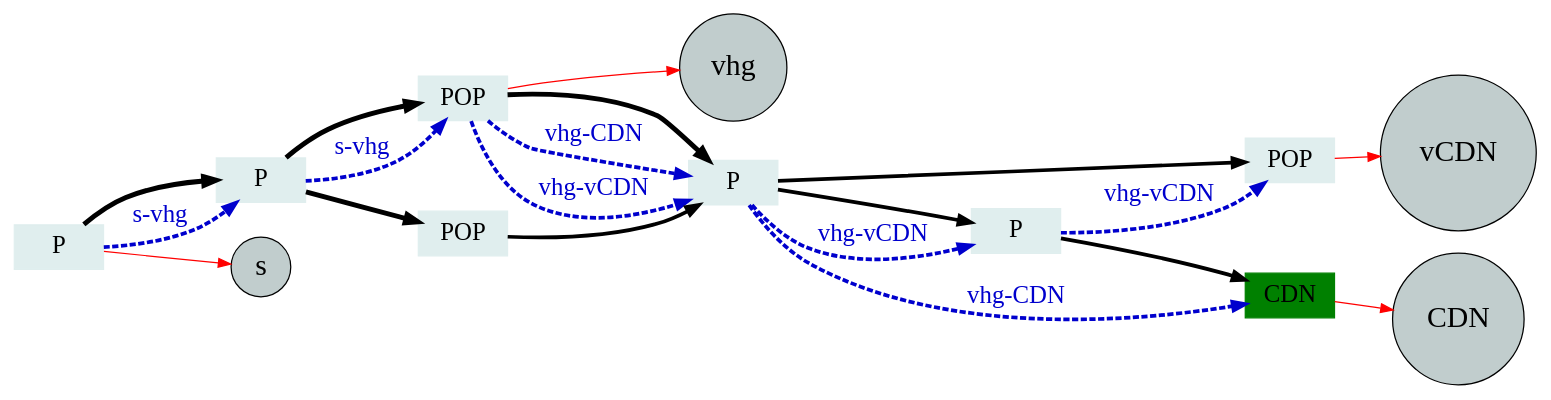
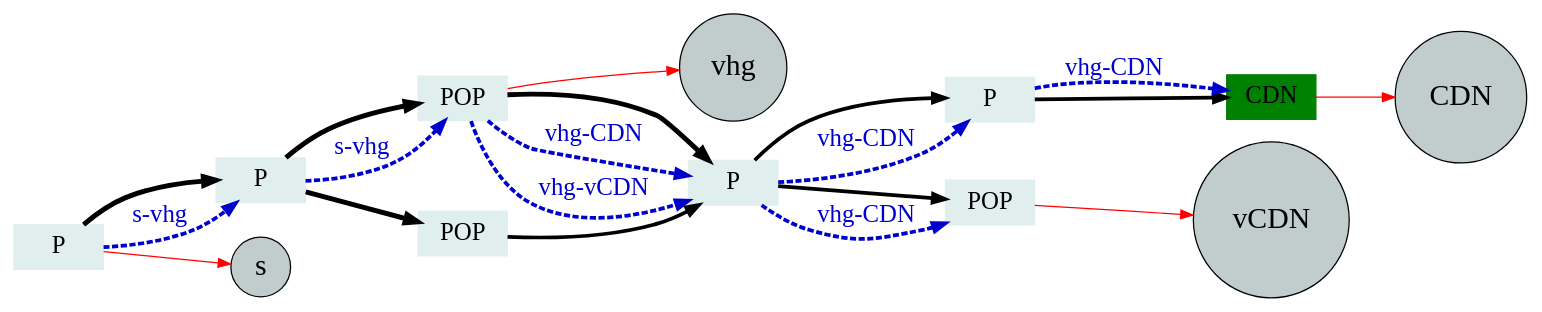
The diagram in paper/fig/service-mapping.dot (nherbaut/vCDN), drawn with Graphviz before and after one commit. The commit also changed 1 other file, not shown here.

```diff
--- a/paper/fig/service-mapping.dot
+++ b/paper/fig/service-mapping.dot
@@ -1,44 +1,44 @@
 digraph{rankdir=LR;
 
 
 
  subgraph{
 
 
 0 [label="P",shape=box,color=black,width=1.000000,fontsize=20,color=azure2,style=filled];
 1 [label="P",shape=box,color=black,width=1.000000,fontsize=20,color=azure2,style=filled];
 2 [label="POP",shape=box,color=black,width=1.000000,fontsize=20,color=azure2,style=filled];
 3 [label="POP",shape=box,color=black,width=1.000000,fontsize=20,color=azure2,style=filled];
 4 [label="P",shape=box,color=black,width=1.000000,fontsize=20,color=azure2,style=filled];
 5 [label="P",shape=box,color=black,width=1.000000,fontsize=20,color=azure2,style=filled];
 6 [label="POP",shape=box,color=black,width=1.000000,fontsize=20,color=azure2,style=filled];
 7 [label="CDN",shape=box,color=black,width=1.000000,fontsize=20,color=green,style=filled];
 0->1 [  penwidth="4",  fontsize=20];
  1->2 [  penwidth="4",  fontsize=20];
  1->3 [  penwidth="4",  fontsize=20];
  2->4 [  penwidth="4",  fontsize=20];
  3->4 [  penwidth="3",  fontsize=20];
  4->5 [  penwidth="3",  fontsize=20];
  4->6 [  penwidth="3",  fontsize=20];
  5->7 [  penwidth="3",  fontsize=20];
  0->s[color=red];
 s[shape=circle,fillcolor=azure3,style=filled,fontsize=24];
 2->vhg[color=red];
 vhg[shape=circle,fillcolor=azure3,style=filled,fontsize=24];
 6->vcdn[color=red];
 vcdn[label="vCDN",shape=circle,fillcolor=azure3,style=filled,fontsize=24];
 7->CDN[color=red];
 CDN[shape=circle,fillcolor=azure3,style=filled,fontsize=24];
 }
 subgraph{
  edge[color=blue3,weight=0];
 0->1 [ label="s-vhg",fontcolor=blue3 ,fontsize=20,penwidth=3,style=dashed];
  1->2 [ label="s-vhg",fontcolor=blue3 ,fontsize=20,penwidth=3,style=dashed];
  2->4 [ label="vhg-CDN",fontcolor=blue3 ,fontsize=20,penwidth=3,style=dashed];
  2->4 [ label="vhg-vCDN",fontcolor=blue3 ,fontsize=20,penwidth=3,style=dashed];
- 4->7 [ label="vhg-CDN",fontcolor=blue3 ,fontsize=20,penwidth=3,style=dashed];
- 4->5 [ label="vhg-vCDN",fontcolor=blue3 ,fontsize=20,penwidth=3,style=dashed];
- 5->6 [ label="vhg-vCDN",fontcolor=blue3 ,fontsize=20,penwidth=3,style=dashed];
+ 5->7 [ label="vhg-CDN",fontcolor=blue3 ,fontsize=20,penwidth=3,style=dashed];
+ 4->5 [ label="vhg-CDN",fontcolor=blue3 ,fontsize=20,penwidth=3,style=dashed];
+ 4->6 [ label="vhg-CDN",fontcolor=blue3 ,fontsize=20,penwidth=3,style=dashed];
  }
 
 }
```
